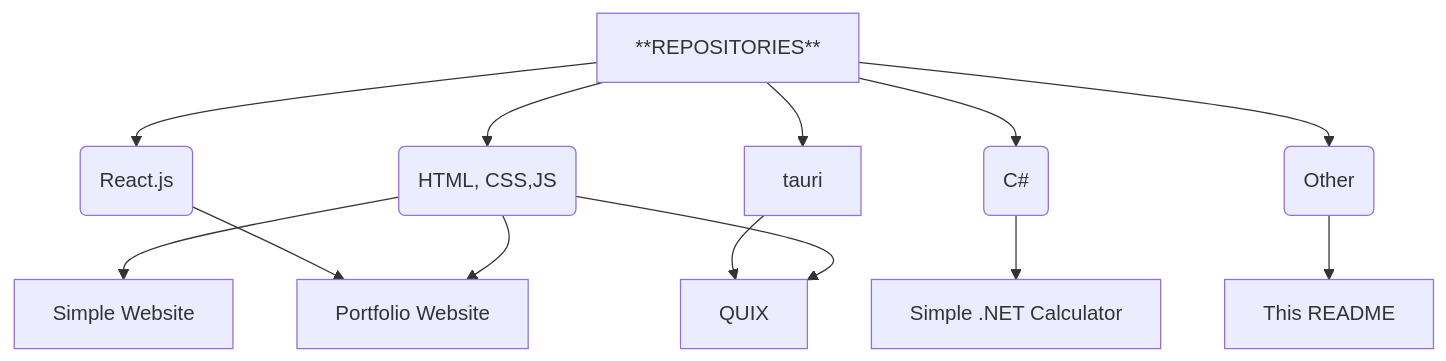
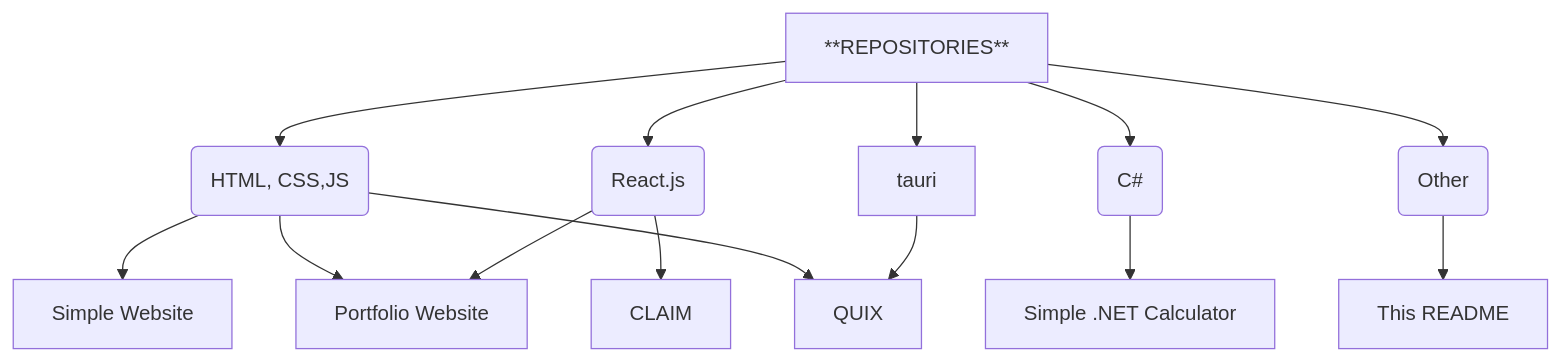
Before and after one commit to ABHIJEETH-V-N/ABHIJEETH-V-N: the diagram in README.mkd, drawn with Mermaid.

````diff
--- a/README.mkd
+++ b/README.mkd
@@ -19,15 +19,16 @@
 ```mermaid        
 flowchart TD
 markdown["**REPOSITORIES**"] --> A(HTML, CSS,JS)
 A --> re1[Simple Website]
 markdown --> B(React.js)
 B --> re2[Portfolio Website]
 A-->re2
 markdown --> D(C#)
 D --> re3[Simple .NET Calculator]
 markdown --> E(Other)
 E --> ThisReadme[This README]
 markdown-->F[tauri]
 F-->QUIX
 A-->QUIX
+B-->CLAIM
 ```
````
